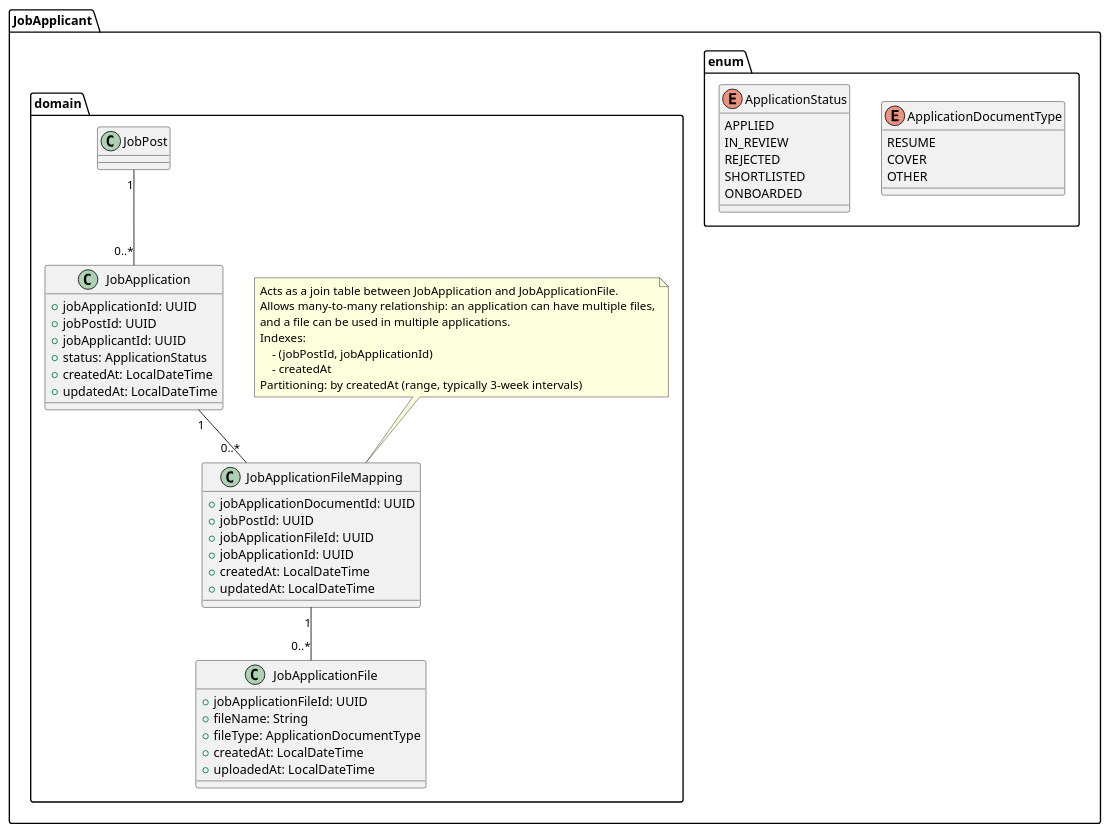
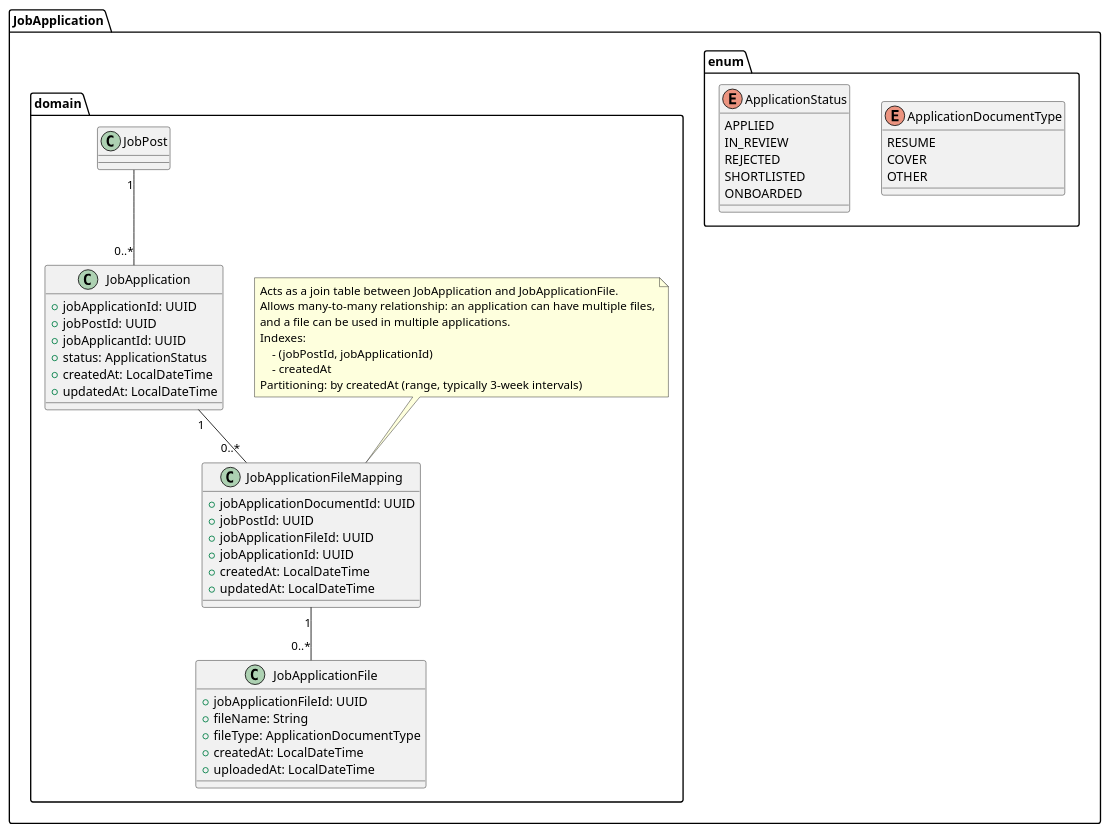
Before and after one commit to info-dpv-intelligence/jobpulse: the diagram in docs/job-service/database_design/job_application.puml, drawn with PlantUML. The commit also changed 1 other file, not shown here.

```diff
--- a/docs/job-service/database_design/job_application.puml
+++ b/docs/job-service/database_design/job_application.puml
@@ -1,57 +1,57 @@
 @startuml
-package "JobApplicant" {
+package "JobApplication" {
     package enum {
         enum ApplicationDocumentType {
             RESUME
             COVER
             OTHER
         }
         enum ApplicationStatus {
             APPLIED
             IN_REVIEW
             REJECTED
             SHORTLISTED
             ONBOARDED
         }
     }
     package domain {
         class JobApplication {
             +jobApplicationId: UUID
             +jobPostId: UUID
             +jobApplicantId: UUID
             +status: ApplicationStatus
             +createdAt: LocalDateTime
             +updatedAt: LocalDateTime
         }
         class JobApplicationFileMapping {
             +jobApplicationDocumentId: UUID
             +jobPostId: UUID
             +jobApplicationFileId: UUID
             +jobApplicationId: UUID
             +createdAt: LocalDateTime
             +updatedAt: LocalDateTime
         }
 
         note top of JobApplicationFileMapping
         Acts as a join table between JobApplication and JobApplicationFile.
         Allows many-to-many relationship: an application can have multiple files,
         and a file can be used in multiple applications.
         Indexes:
             - (jobPostId, jobApplicationId)
             - createdAt
         Partitioning: by createdAt (range, typically 3-week intervals)
         end note
         class JobApplicationFile {
             +jobApplicationFileId: UUID
             +fileName: String
             +fileType: ApplicationDocumentType
             +createdAt: LocalDateTime
             +uploadedAt: LocalDateTime
         }
 
         JobApplication "1" -- "0..*" JobApplicationFileMapping
         JobApplicationFileMapping "1" -- "0..*" JobApplicationFile
         JobPost "1" -- "0..*" JobApplication
     }
 }
 @enduml
```
